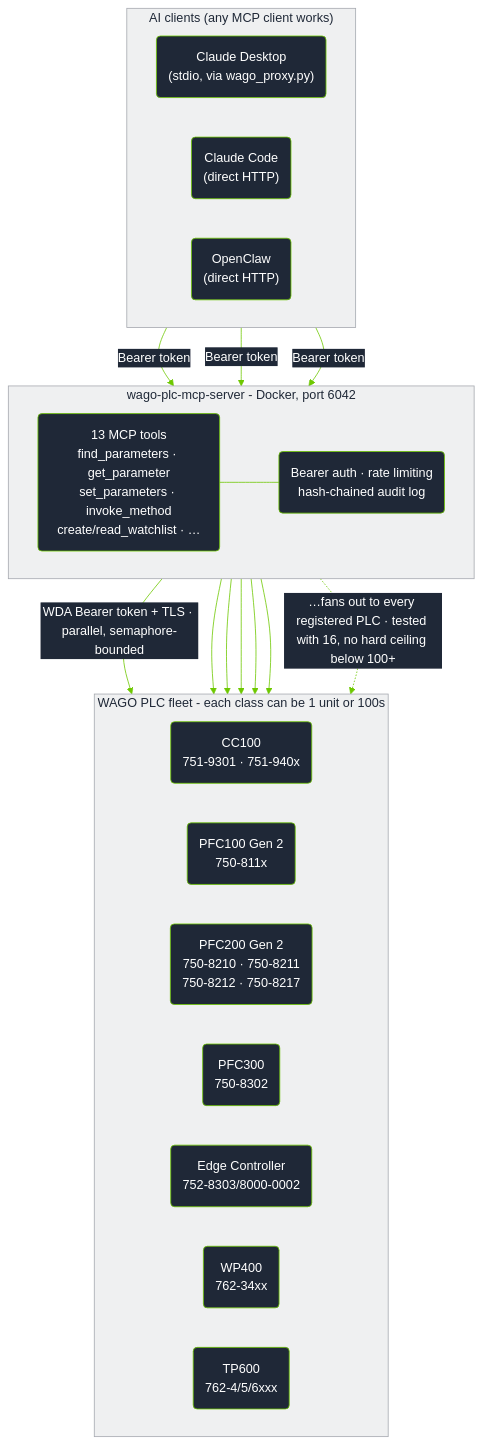
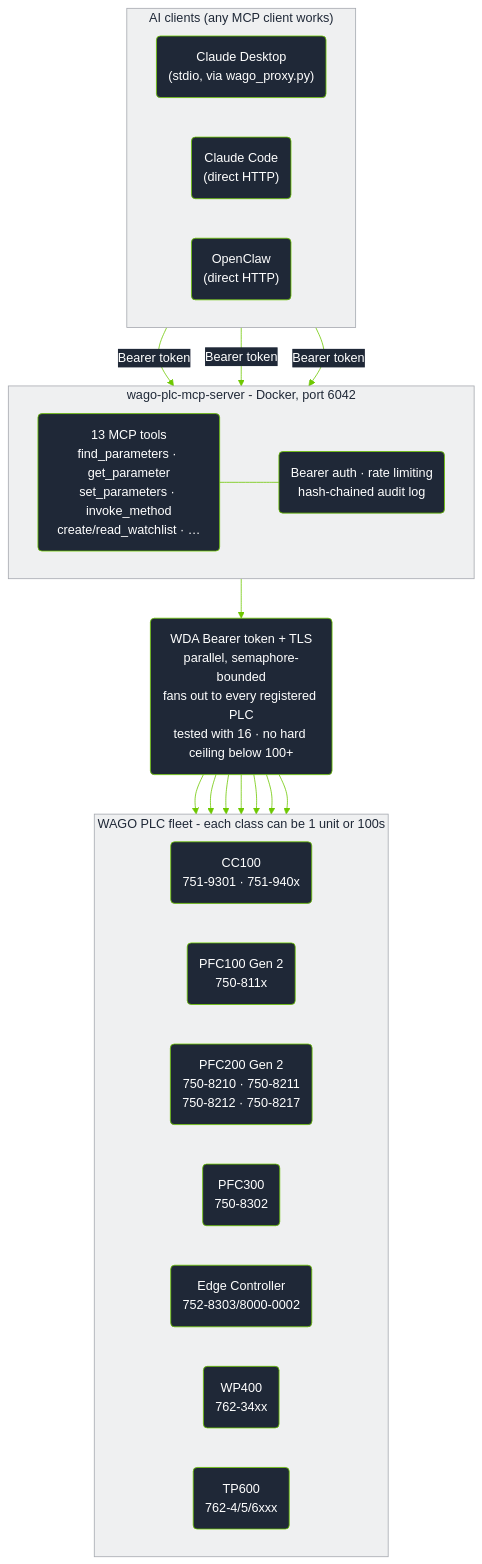
One commit to WagoAlex/wago-plc-mcp-server changed the diagram in README.md. Above: the diagram before and after it, drawn with Mermaid.

Commit message:
docs: add relay node between server and fleet to enforce vertical hierarchy in diagram

````diff
--- a/README.md
+++ b/README.md
@@ -84,53 +84,49 @@
 ```mermaid
 %%{init: {'theme':'base', 'themeVariables': {
   'primaryColor':'#1F2837',
   'primaryTextColor':'#ffffff',
   'primaryBorderColor':'#6EC800',
   'lineColor':'#6EC800',
   'secondaryColor':'#EFF0F1',
   'secondaryTextColor':'#1F2837',
   'secondaryBorderColor':'#A5A8AF',
   'tertiaryColor':'#FFFFFF',
   'tertiaryTextColor':'#1F2837',
   'tertiaryBorderColor':'#DEDFE1',
   'fontFamily':'Segoe UI, Helvetica, Arial, sans-serif',
   'clusterBkg':'#EFF0F1',
   'clusterBorder':'#A5A8AF',
   'edgeLabelBackground':'#1F2837'
 }}}%%
 flowchart TB
     subgraph Clients["AI clients (any MCP client works)"]
         direction LR
         CD("Claude Desktop<br/>(stdio, via wago_proxy.py)")
         CC("Claude Code<br/>(direct HTTP)")
         OC("OpenClaw<br/>(direct HTTP)")
     end
 
     CD & CC & OC -- "Bearer token" --> MCP
 
     subgraph Server["wago-plc-mcp-server - Docker, port 6042"]
         direction LR
         MCP("13 MCP tools<br/>find_parameters · get_parameter<br/>set_parameters · invoke_method<br/>create/read_watchlist · …")
         Guard("Bearer auth · rate limiting<br/>hash-chained audit log")
         MCP --- Guard
     end
 
-    MCP -- "WDA Bearer token + TLS · parallel, semaphore-bounded" --> P1
-    MCP --> P2
-    MCP --> P3
-    MCP --> P4
-    MCP --> P5
-    MCP --> P6
-    MCP -. "…fans out to every registered PLC · tested with 16, no hard ceiling below 100+" .-> Pn
+    MCP --> FAN("WDA Bearer token + TLS<br/>parallel, semaphore-bounded<br/>fans out to every registered PLC<br/>tested with 16 · no hard ceiling below 100+")
+
+    FAN --> P1 & P2 & P3 & P4 & P5 & P6 & Pn
 
     subgraph Fleet["WAGO PLC fleet - each class can be 1 unit or 100s"]
         direction LR
         P1("CC100<br/>751-9301 · 751-940x")
         P2("PFC100 Gen 2<br/>750-811x")
         P3("PFC200 Gen 2<br/>750-8210 · 750-8211<br/>750-8212 · 750-8217")
         P4("PFC300<br/>750-8302")
         P5("Edge Controller<br/>752-8303/8000-0002")
         P6("WP400<br/>762-34xx")
         Pn("TP600<br/>762-4/5/6xxx")
     end
 ```
````
